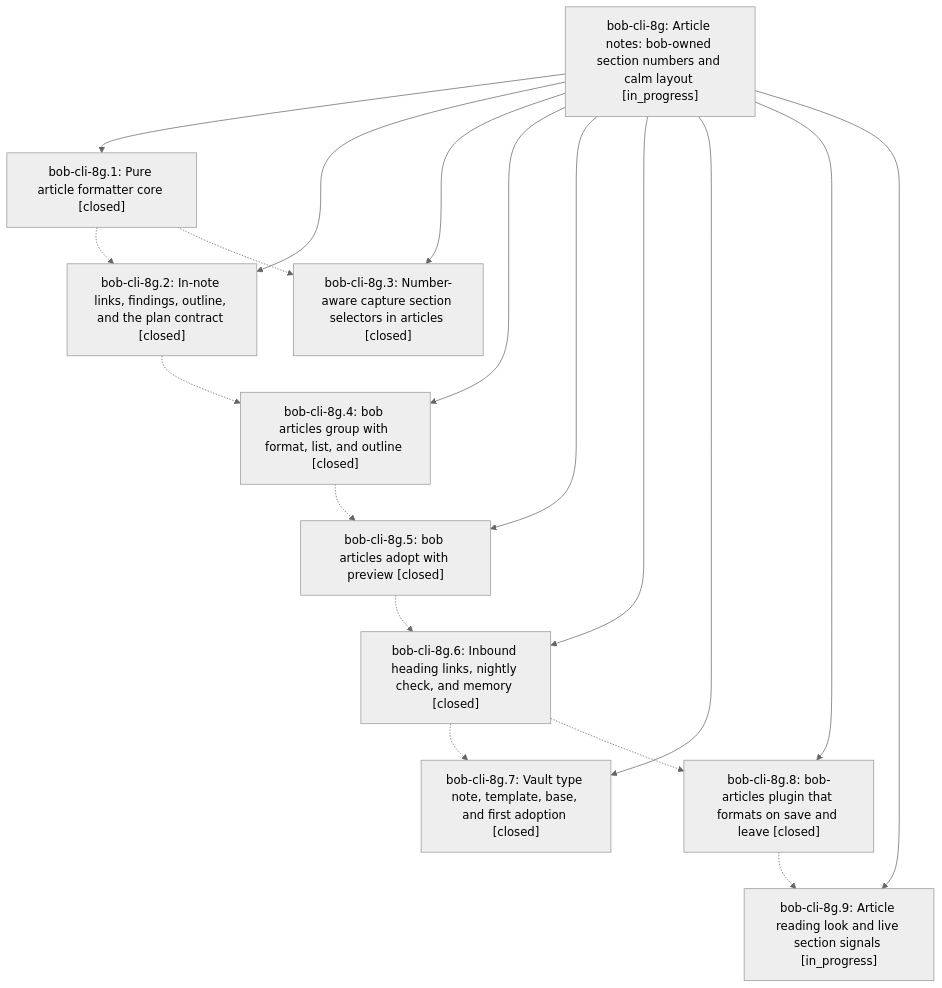
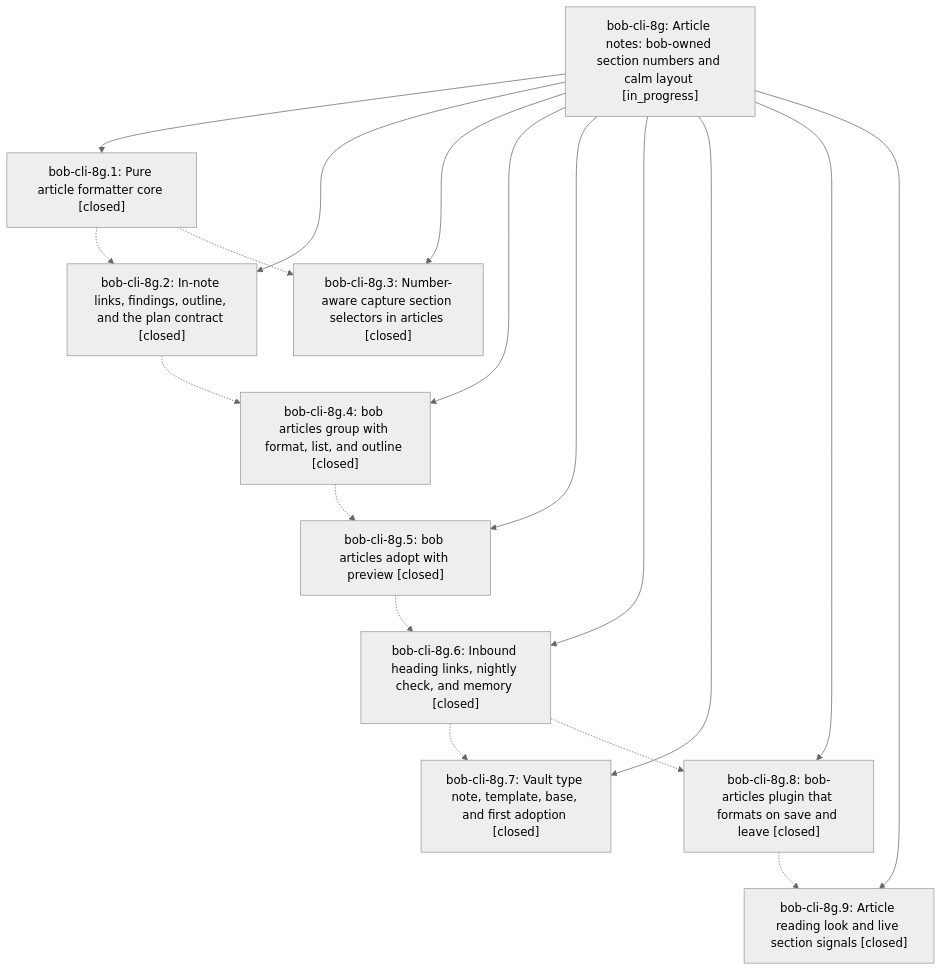
The diagram in pages/bob-cli-8g/README.md (bobs-org/bob-cli--beads), drawn with Mermaid (neutral theme) before and after one commit. The commit also changed other lines of this file and 2 other files, not shown here.

First line of the commit message:
chore(beads): sync bead state and pages for bob-cli-8g

````diff
--- a/pages/bob-cli-8g/README.md
+++ b/pages/bob-cli-8g/README.md
@@ -42,30 +42,30 @@
 ```mermaid
 flowchart TD
     n0["bob-cli-8g: Article notes: bob-owned section numbers and calm layout [in_progress]"]
     n1["bob-cli-8g.1: Pure article formatter core [closed]"]
     n2["bob-cli-8g.2: In-note links, findings, outline, and the plan contract [closed]"]
     n3["bob-cli-8g.3: Number-aware capture section selectors in articles [closed]"]
     n4["bob-cli-8g.4: bob articles group with format, list, and outline [closed]"]
     n5["bob-cli-8g.5: bob articles adopt with preview [closed]"]
     n6["bob-cli-8g.6: Inbound heading links, nightly check, and memory [closed]"]
     n7["bob-cli-8g.7: Vault type note, template, base, and first adoption [closed]"]
     n8["bob-cli-8g.8: bob-articles plugin that formats on save and leave [closed]"]
-    n9["bob-cli-8g.9: Article reading look and live section signals [in_progress]"]
+    n9["bob-cli-8g.9: Article reading look and live section signals [closed]"]
     n0 --> n1
     n0 --> n2
     n0 --> n3
     n0 --> n4
     n0 --> n5
     n0 --> n6
     n0 --> n7
     n0 --> n8
     n0 --> n9
     n1 -.-> n2
     n1 -.-> n3
     n2 -.-> n4
     n4 -.-> n5
     n5 -.-> n6
     n6 -.-> n7
     n6 -.-> n8
     n8 -.-> n9
 ```
````
